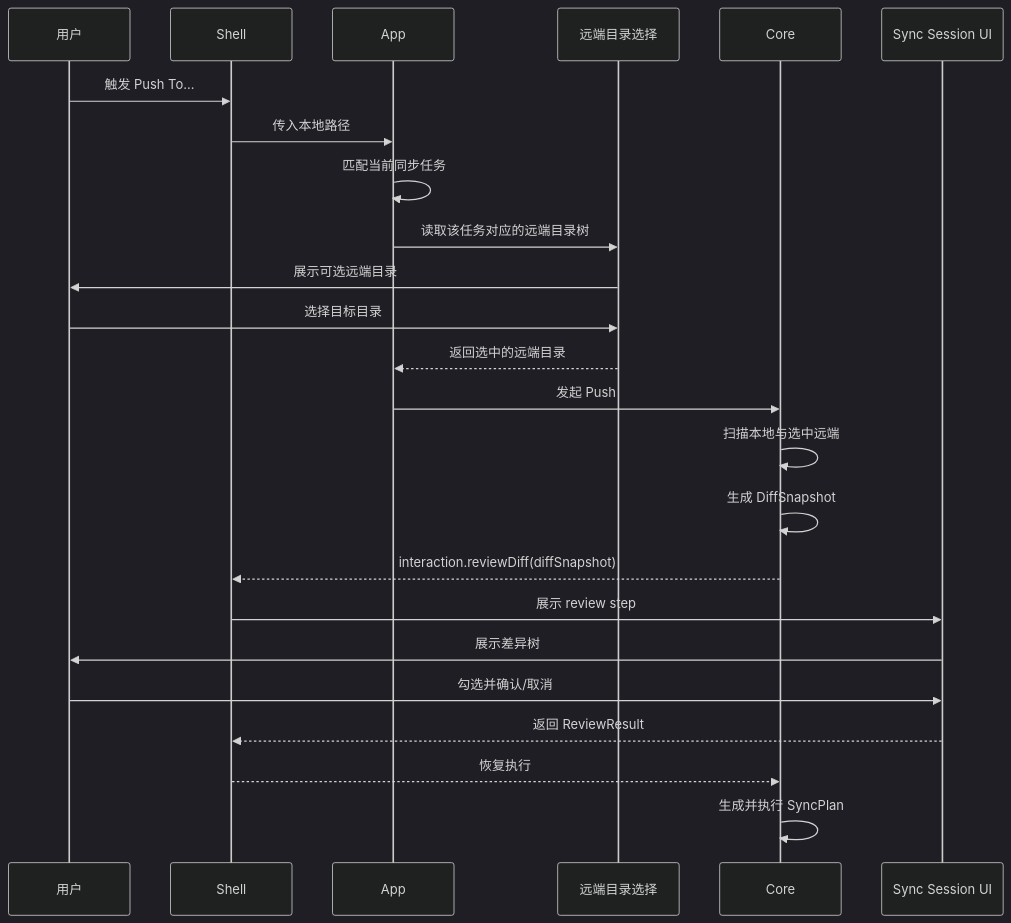
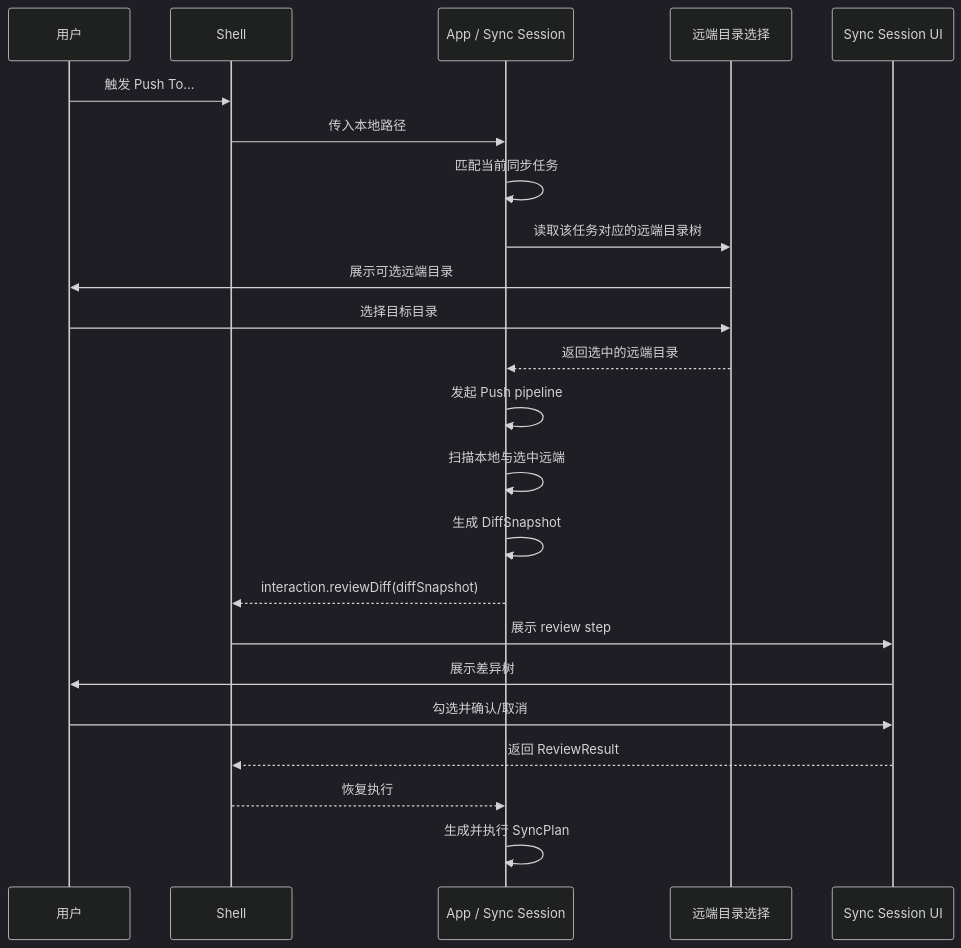
Before and after one commit to agalloch21/sync-with-rclone: the sixth of 15 diagrams in docs/Flows.md, drawn with Mermaid (dark theme). The commit also changed other lines of this file and 29 other files, not shown here.

````diff
--- a/docs/Flows.md
+++ b/docs/Flows.md
@@ -135,27 +131,26 @@
 ```mermaid
 sequenceDiagram
   participant U as 用户
   participant S as Shell
-  participant A as App
+  participant A as App / Sync Session
   participant T as 远端目录选择
-  participant C as Core
   participant W as Sync Session UI
 
   U->>S: 触发 Push To...
   S->>A: 传入本地路径
   A->>A: 匹配当前同步任务
   A->>T: 读取该任务对应的远端目录树
   T->>U: 展示可选远端目录
   U->>T: 选择目标目录
   T-->>A: 返回选中的远端目录
-  A->>C: 发起 Push
-  C->>C: 扫描本地与选中远端
-  C->>C: 生成 DiffSnapshot
-  C-->>S: interaction.reviewDiff(diffSnapshot)
+  A->>A: 发起 Push pipeline
+  A->>A: 扫描本地与选中远端
+  A->>A: 生成 DiffSnapshot
+  A-->>S: interaction.reviewDiff(diffSnapshot)
   S->>W: 展示 review step
   W->>U: 展示差异树
   U->>W: 勾选并确认/取消
   W-->>S: 返回 ReviewResult
-  S-->>C: 恢复执行
-  C->>C: 生成并执行 SyncPlan
+  S-->>A: 恢复执行
+  A->>A: 生成并执行 SyncPlan
 ```
````
